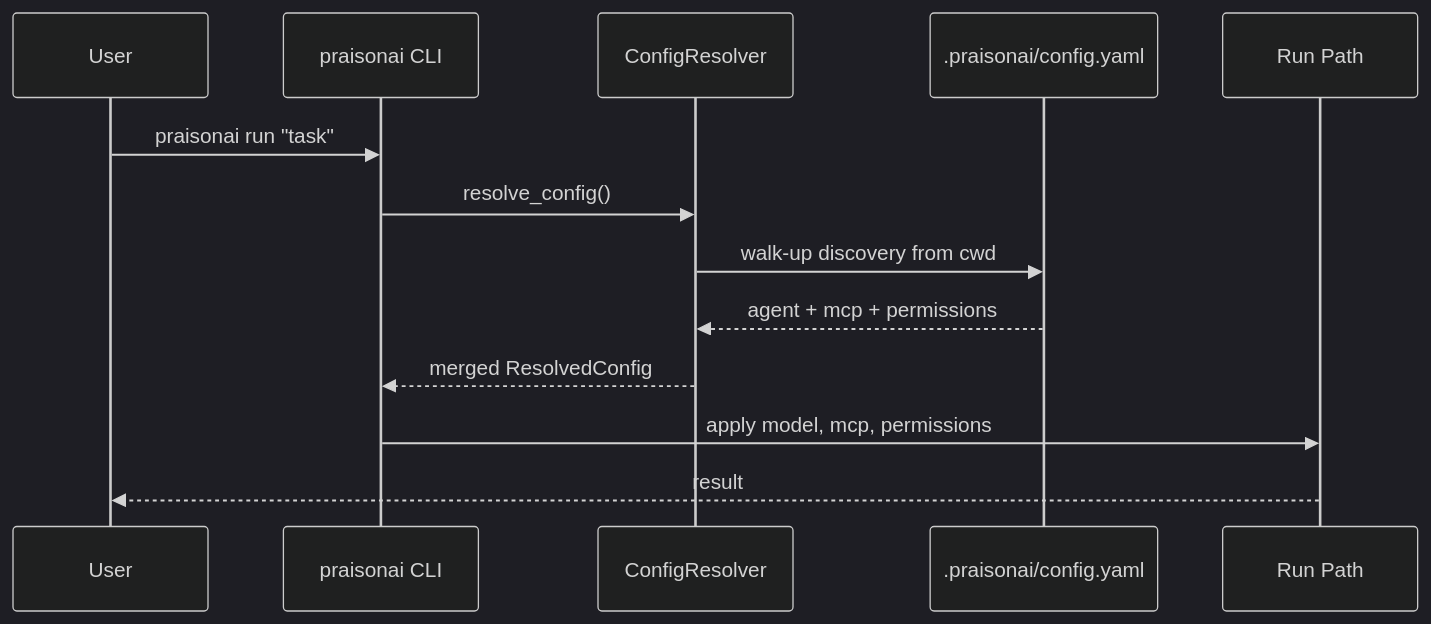
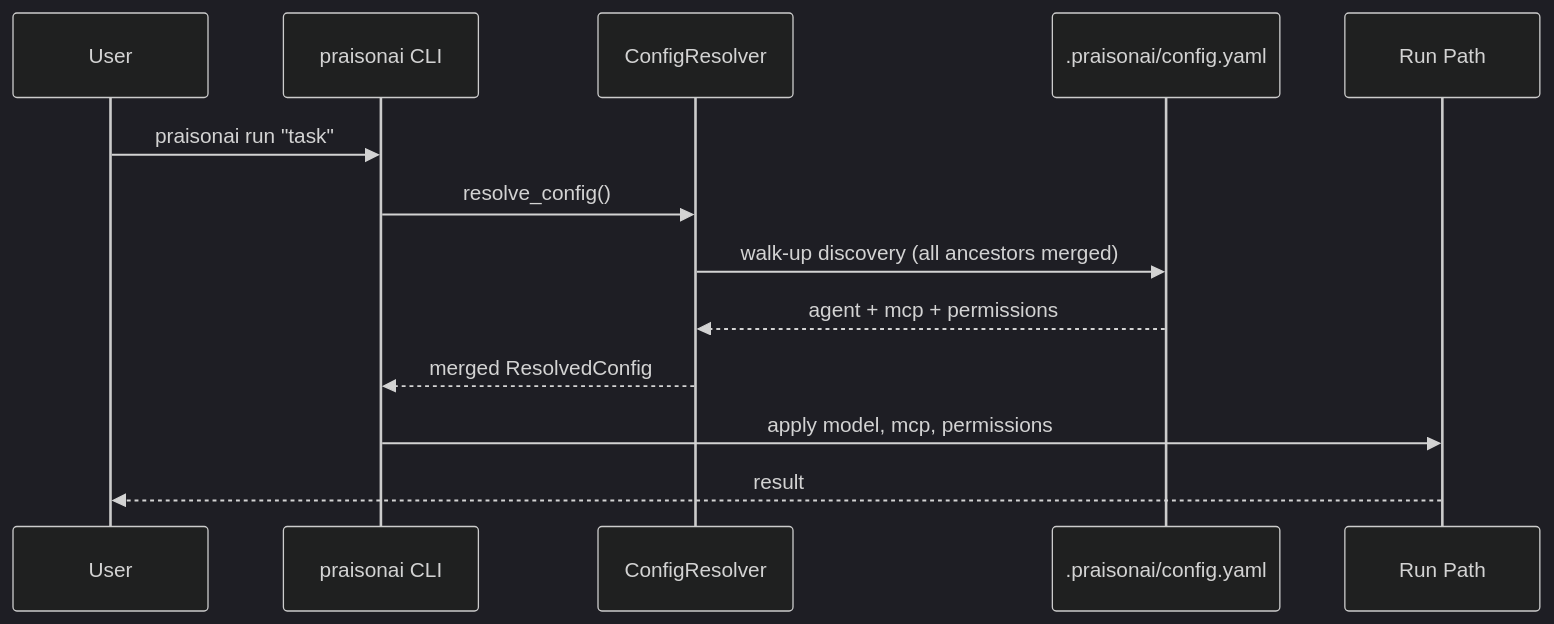
Before and after one commit to MervinPraison/PraisonAIDocs: the second of 3 diagrams in docs/features/single-source-config.mdx, drawn with Mermaid (dark theme). The commit also changed other lines of this file and 2 other files, not shown here.

First line of the commit message:
docs: update Configuration File page for deep-merge + ancestor discovery (fixes #3370)

````diff
--- a/docs/features/single-source-config.mdx
+++ b/docs/features/single-source-config.mdx
@@ -103,16 +103,16 @@
 ```mermaid
 sequenceDiagram
     participant User
     participant CLI as praisonai CLI
     participant Resolver as ConfigResolver
     participant Config as .praisonai/config.yaml
     participant Run as Run Path
 
     User->>CLI: praisonai run "task"
     CLI->>Resolver: resolve_config()
-    Resolver->>Config: walk-up discovery from cwd
+    Resolver->>Config: walk-up discovery (all ancestors merged)
     Config-->>Resolver: agent + mcp + permissions
     Resolver-->>CLI: merged ResolvedConfig
     CLI->>Run: apply model, mcp, permissions
     Run-->>User: result
 ```
````
